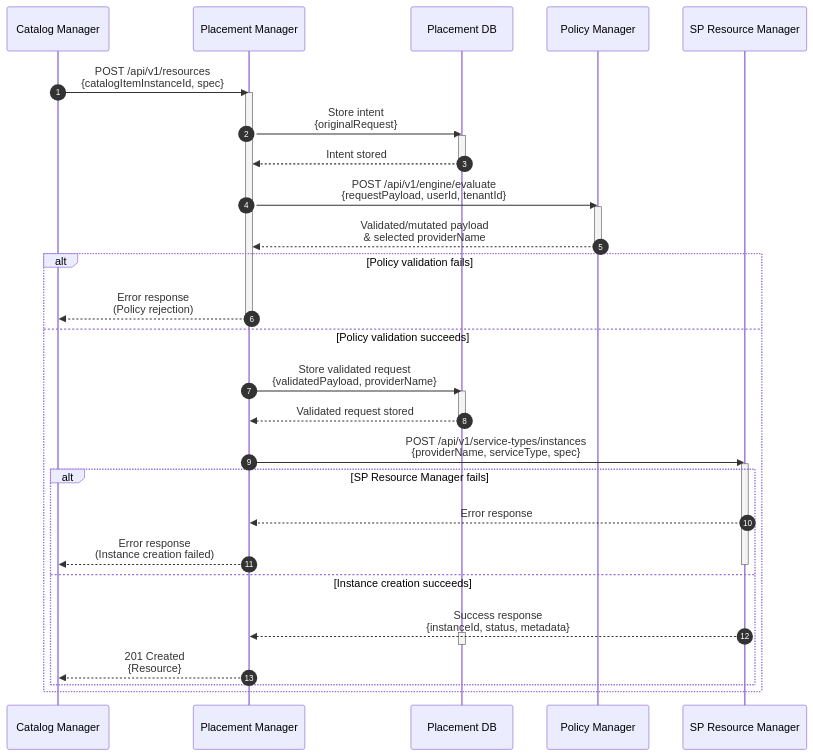
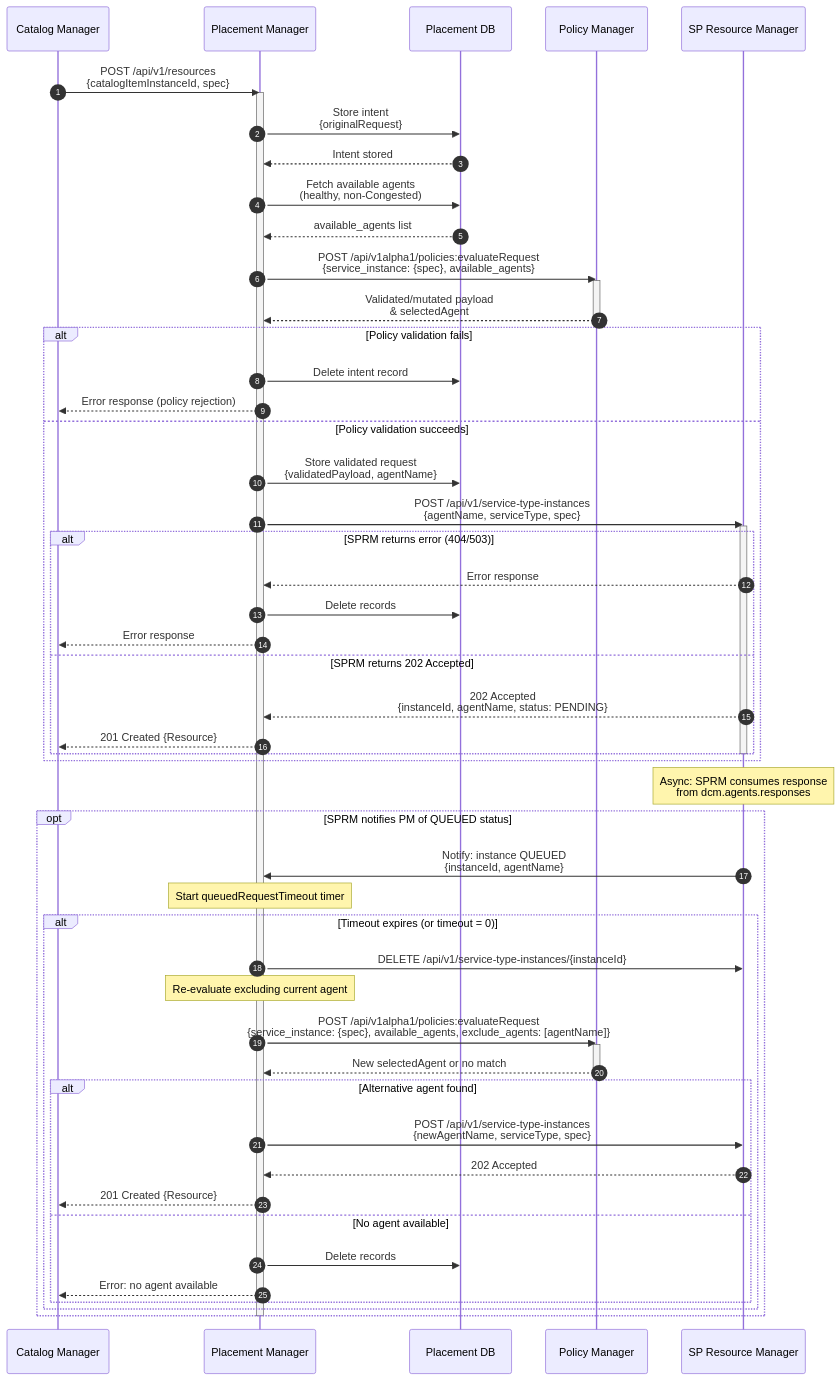
One commit to dcm-project/enhancements changed the second of 3 diagrams in enhancements/placement-manager/placement-manager.md. Above: the diagram before and after it, drawn with Mermaid. The commit also changed other lines of this file and 9 other files, not shown here.

````diff
--- a/enhancements/placement-manager/placement-manager.md
+++ b/enhancements/placement-manager/placement-manager.md
@@ -311,51 +330,73 @@
 ```mermaid
 sequenceDiagram
     autonumber
     participant CM as Catalog Manager
     participant PM as Placement Manager
     participant DB as Placement DB
     participant PE as Policy Manager
     participant SPRM as SP Resource Manager
 
     CM->>PM: POST /api/v1/resources<br/>{catalogItemInstanceId, spec}
     activate PM
 
     PM->>DB: Store intent<br/>{originalRequest}
-    activate DB
     DB-->>PM: Intent stored
-    deactivate DB
 
-    PM->>PE: POST /api/v1/engine/evaluate<br/>{requestPayload, userId, tenantId}
+    PM->>DB: Fetch available agents<br/>(healthy, non-Congested)
+    DB-->>PM: available_agents list
+
+    PM->>PE: POST /api/v1alpha1/policies:evaluateRequest<br/>{service_instance: {spec}, available_agents}
     activate PE
 
-    PE-->>PM: Validated/mutated payload<br/>& selected providerName
+    PE-->>PM: Validated/mutated payload<br/>& selectedAgent
     deactivate PE
 
     alt Policy validation fails
-        PM-->>CM: Error response<br/>(Policy rejection)
-        deactivate PM
+        PM->>DB: Delete intent record
+        PM-->>CM: Error response (policy rejection)
     else Policy validation succeeds
 
-        PM->>DB: Store validated request<br/>{validatedPayload, providerName}
-        activate DB
-        DB-->>PM: Validated request stored
-        deactivate DB
+        PM->>DB: Store validated request<br/>{validatedPayload, agentName}
 
-        PM->>SPRM: POST /api/v1/service-types/instances<br/>{providerName, serviceType, spec}
+        PM->>SPRM: POST /api/v1/service-type-instances<br/>{agentName, serviceType, spec}
         activate SPRM
 
-        alt SP Resource Manager fails
+        alt SPRM returns error (404/503)
             SPRM-->>PM: Error response
-            PM-->>CM: Error response<br/>(Instance creation failed)
-            deactivate SPRM
+            PM->>DB: Delete records
+            PM-->>CM: Error response
 
-        else Instance creation succeeds
-            SPRM-->>PM: Success response<br/>{instanceId, status, metadata}
-            activate DB
-            deactivate DB
+        else SPRM returns 202 Accepted
+            SPRM-->>PM: 202 Accepted<br/>{instanceId, agentName, status: PENDING}
+            PM-->>CM: 201 Created {Resource}
+        end
+        deactivate SPRM
+    end
 
-            PM-->>CM: 201 Created<br/>{Resource}
+    Note over SPRM: Async: SPRM consumes response<br/>from dcm.agents.responses
 
+    opt SPRM notifies PM of QUEUED status
+        SPRM->>PM: Notify: instance QUEUED<br/>{instanceId, agentName}
+        Note over PM: Start queuedRequestTimeout timer
+
+        alt Timeout expires (or timeout = 0)
+            PM->>SPRM: DELETE /api/v1/service-type-instances/{instanceId}
+            Note over PM: Re-evaluate excluding current agent
+
+            PM->>PE: POST /api/v1alpha1/policies:evaluateRequest<br/>{service_instance: {spec}, available_agents, exclude_agents: [agentName]}
+            activate PE
+            PE-->>PM: New selectedAgent or no match
+            deactivate PE
+
+            alt Alternative agent found
+                PM->>SPRM: POST /api/v1/service-type-instances<br/>{newAgentName, serviceType, spec}
+                SPRM-->>PM: 202 Accepted
+                PM-->>CM: 201 Created {Resource}
+            else No agent available
+                PM->>DB: Delete records
+                PM-->>CM: Error: no agent available
+            end
         end
     end
+    deactivate PM
 ```
````
